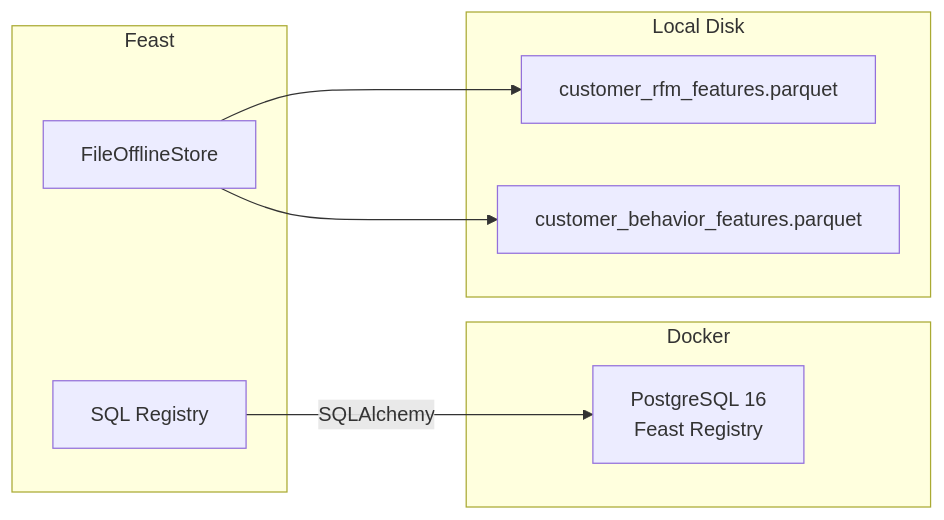
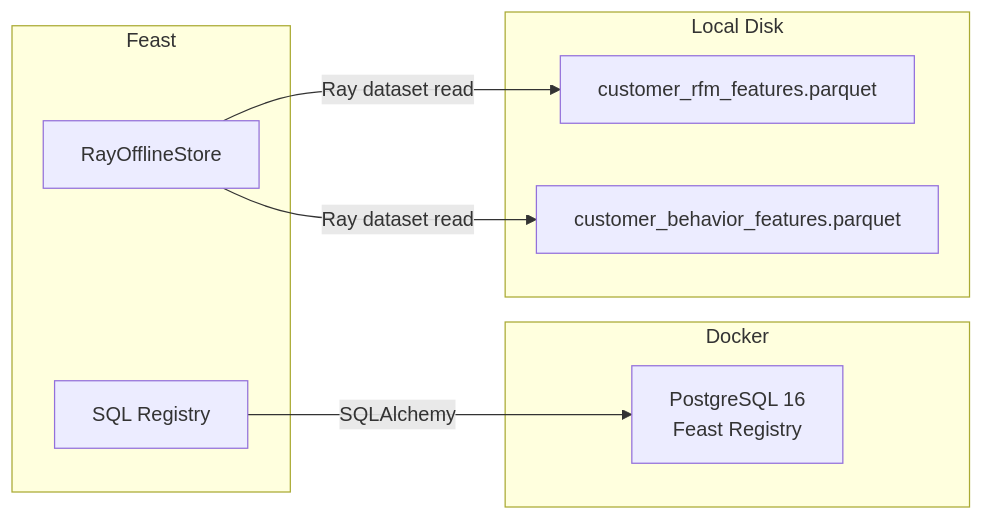
One commit to kennethleungty/Customer-Purchase-with-Feast-and-Ray changed the second of 2 diagrams in README.md. Above: the diagram before and after it, drawn with Mermaid. The commit also changed other lines of this file and 3 other files, not shown here.

First line of the commit message:
Switch Feast offline store to RayOfflineStore for distributed joins

````diff
--- a/README.md
+++ b/README.md
@@ -185,20 +185,20 @@
 ```mermaid
 flowchart LR
     subgraph docker [Docker]
         PG["PostgreSQL 16\nFeast Registry"]
     end
 
     subgraph disk [Local Disk]
         PQ1["customer_rfm_features.parquet"]
         PQ2["customer_behavior_features.parquet"]
     end
 
     subgraph feast [Feast]
         REG["SQL Registry"]
-        OFF["FileOfflineStore"]
+        OFF["RayOfflineStore"]
     end
 
     REG -->|SQLAlchemy| PG
-    OFF --> PQ1
-    OFF --> PQ2
+    OFF -->|Ray dataset read| PQ1
+    OFF -->|Ray dataset read| PQ2
 ```
````
